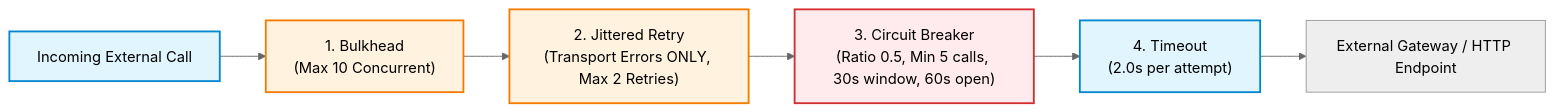
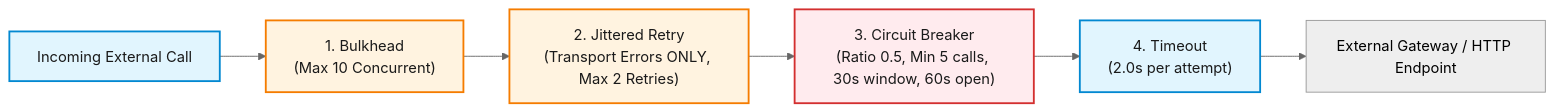
One commit to desiarchitect/tadka-cohort changed the fourth of 7 diagrams in ai-assisted/architect-toolset/DIAGRAMS.md. Above: the diagram before and after it, drawn with Mermaid (neutral theme). The commit also changed other lines of this file and 1 other file, not shown here.

Commit message:
docs(architect-toolset): make diagram node text readable in dark mode
The light pastel node fills inherited the theme's white text in dark mode, so
labels were invisible. Every classDef now sets a dark text colour (30 classes
across the gallery and DIAGRAMS.md). All 26 Mermaid blocks still parse.

````diff
--- a/ai-assisted/architect-toolset/DIAGRAMS.md
+++ b/ai-assisted/architect-toolset/DIAGRAMS.md
@@ -107,16 +107,15 @@
 ```mermaid
 flowchart LR
     Request["Incoming External Call"] --> Bulkhead["1. Bulkhead<br/>(Max 10 Concurrent)"]
     Bulkhead --> Retry["2. Jittered Retry<br/>(Transport Errors ONLY, Max 2 Retries)"]
     Retry --> Breaker["3. Circuit Breaker<br/>(Ratio 0.5, Min 5 calls, 30s window, 60s open)"]
     Breaker --> Timeout["4. Timeout<br/>(2.0s per attempt)"]
     Timeout --> Gateway["External Gateway / HTTP Endpoint"]
 
-    classDef normal fill:#e1f5fe,stroke:#0288d1,stroke-width:2px;
-    classDef warning fill:#fff3e0,stroke:#f57c00,stroke-width:2px;
-    classDef danger fill:#ffebee,stroke:#d32f2f,stroke-width:2px;
-
+    classDef normal fill:#e1f5fe,stroke:#0288d1,stroke-width:2px,color:#1a1a1a;
+    classDef warning fill:#fff3e0,stroke:#f57c00,stroke-width:2px,color:#1a1a1a;
+    classDef danger fill:#ffebee,stroke:#d32f2f,stroke-width:2px,color:#1a1a1a;
     class Request,Timeout normal;
     class Bulkhead,Retry warning;
     class Breaker danger;
 ```
````
